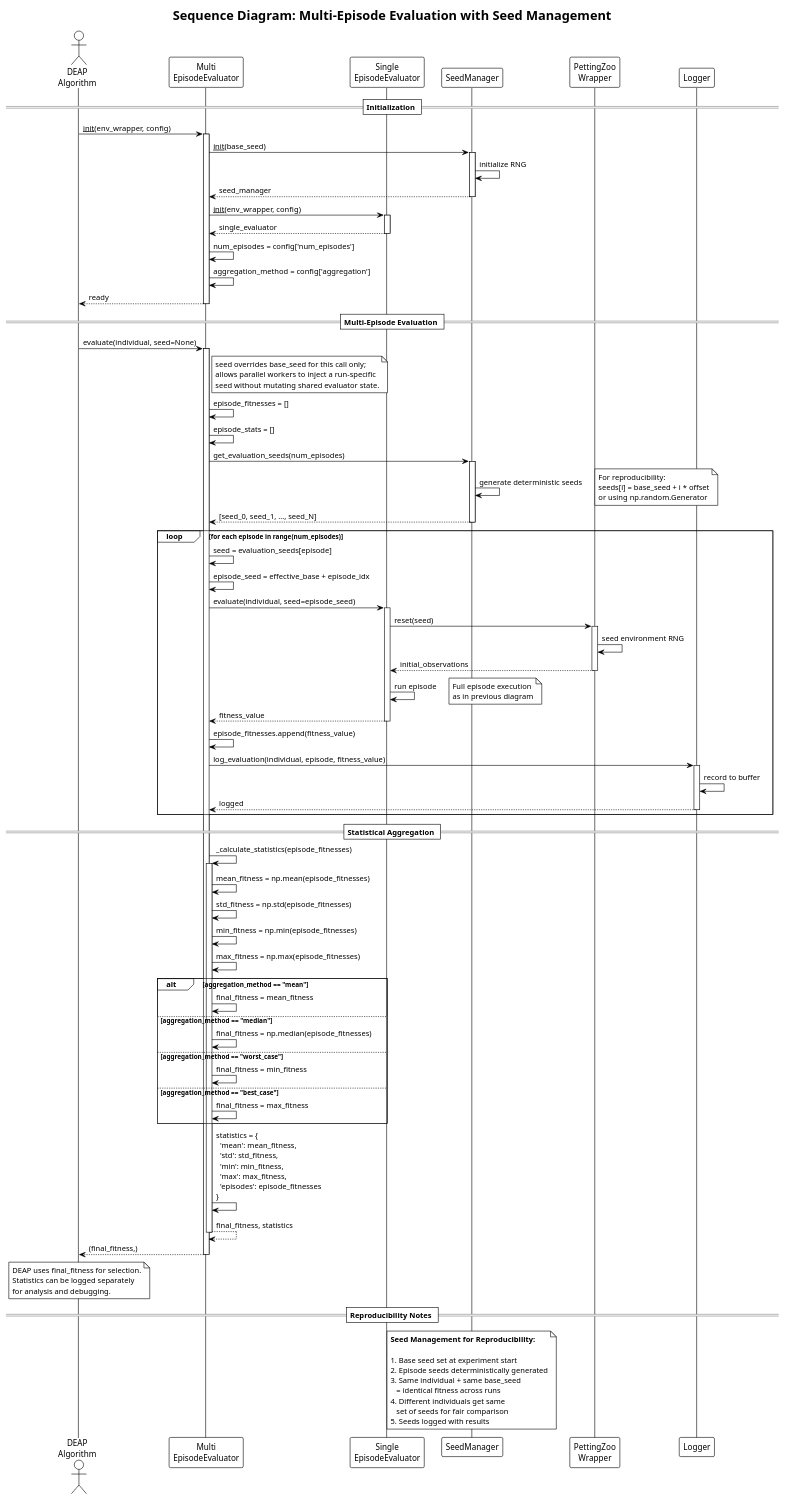
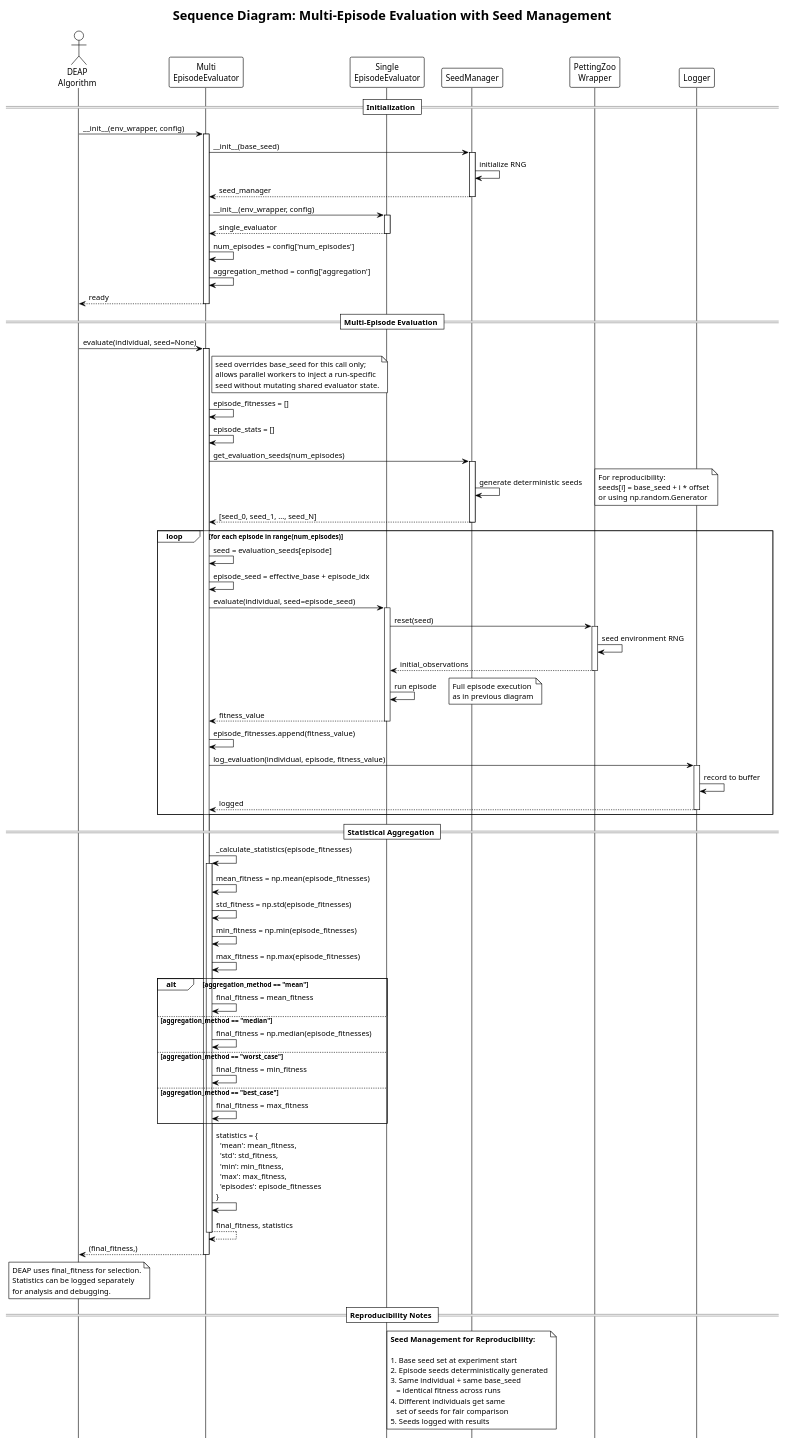
The diagram in docs/UML/sequence_multi_episode_evaluation.puml (Alex180504/DEAP-Zoo-bridge), drawn with PlantUML before and after one commit. The commit also changed 71 other files, not shown here.

Commit message:
Update UML

```diff
--- a/docs/UML/sequence_multi_episode_evaluation.puml
+++ b/docs/UML/sequence_multi_episode_evaluation.puml
@@ -1,138 +1,140 @@
 @startuml sequence_multi_episode_evaluation
 !theme plain
+' Compact layout (tuned per diagram — see README, 'Sequence-diagram layout').
+hide footbox
 title Sequence Diagram: Multi-Episode Evaluation with Seed Management
 
 actor "DEAP\nAlgorithm" as DEAP
 participant "Multi\nEpisodeEvaluator" as MultiEval
 participant "Single\nEpisodeEvaluator" as SingleEval
 participant "SeedManager" as Seeds
 participant "PettingZoo\nWrapper" as Env
 participant "Logger" as Log
 
 == Initialization ==
 
-DEAP -> MultiEval : __init__(env_wrapper, config)
+DEAP -> MultiEval : ~__init~__(env_wrapper, config)
 activate MultiEval
-MultiEval -> Seeds : __init__(base_seed)
+MultiEval -> Seeds : ~__init~__(base_seed)
 activate Seeds
 Seeds -> Seeds : initialize RNG
 Seeds --> MultiEval : seed_manager
 deactivate Seeds
 
-MultiEval -> SingleEval : __init__(env_wrapper, config)
+MultiEval -> SingleEval : ~__init~__(env_wrapper, config)
 activate SingleEval
 SingleEval --> MultiEval : single_evaluator
 deactivate SingleEval
 
 MultiEval -> MultiEval : num_episodes = config['num_episodes']
 MultiEval -> MultiEval : aggregation_method = config['aggregation']
 MultiEval --> DEAP : ready
 deactivate MultiEval
 
 == Multi-Episode Evaluation ==
 
 DEAP -> MultiEval : evaluate(individual, seed=None)
 activate MultiEval
 
 note right of MultiEval
   seed overrides base_seed for this call only;
   allows parallel workers to inject a run-specific
   seed without mutating shared evaluator state.
 end note
 
 MultiEval -> MultiEval : episode_fitnesses = []
 MultiEval -> MultiEval : episode_stats = []
 
 MultiEval -> Seeds : get_evaluation_seeds(num_episodes)
 activate Seeds
 Seeds -> Seeds : generate deterministic seeds
 note right
   For reproducibility:
   seeds[i] = base_seed + i * offset
   or using np.random.Generator
 end note
 Seeds --> MultiEval : [seed_0, seed_1, ..., seed_N]
 deactivate Seeds
 
 loop for each episode in range(num_episodes)
     
     MultiEval -> MultiEval : seed = evaluation_seeds[episode]
     
     MultiEval -> MultiEval : episode_seed = effective_base + episode_idx
     MultiEval -> SingleEval : evaluate(individual, seed=episode_seed)
     activate SingleEval
     
     SingleEval -> Env : reset(seed)
     activate Env
     Env -> Env : seed environment RNG
     Env --> SingleEval : initial_observations
     deactivate Env
     
     SingleEval -> SingleEval : run episode
     note right
       Full episode execution
       as in previous diagram
     end note
     
     SingleEval --> MultiEval : fitness_value
     deactivate SingleEval
     
     MultiEval -> MultiEval : episode_fitnesses.append(fitness_value)
     
     MultiEval -> Log : log_evaluation(individual, episode, fitness_value)
     activate Log
     Log -> Log : record to buffer
     Log --> MultiEval : logged
     deactivate Log
     
 end
 
 == Statistical Aggregation ==
 
 MultiEval -> MultiEval : _calculate_statistics(episode_fitnesses)
 activate MultiEval
 
 MultiEval -> MultiEval : mean_fitness = np.mean(episode_fitnesses)
 MultiEval -> MultiEval : std_fitness = np.std(episode_fitnesses)
 MultiEval -> MultiEval : min_fitness = np.min(episode_fitnesses)
 MultiEval -> MultiEval : max_fitness = np.max(episode_fitnesses)
 
 alt aggregation_method == "mean"
     MultiEval -> MultiEval : final_fitness = mean_fitness
 else aggregation_method == "median"
     MultiEval -> MultiEval : final_fitness = np.median(episode_fitnesses)
 else aggregation_method == "worst_case"
     MultiEval -> MultiEval : final_fitness = min_fitness
 else aggregation_method == "best_case"
     MultiEval -> MultiEval : final_fitness = max_fitness
 end
 
 MultiEval -> MultiEval : statistics = {\n  'mean': mean_fitness,\n  'std': std_fitness,\n  'min': min_fitness,\n  'max': max_fitness,\n  'episodes': episode_fitnesses\n}
 
 MultiEval --> MultiEval : final_fitness, statistics
 deactivate MultiEval
 
 MultiEval --> DEAP : (final_fitness,)
 deactivate MultiEval
 
 note over DEAP
   DEAP uses final_fitness for selection.
   Statistics can be logged separately
   for analysis and debugging.
 end note
 
 == Reproducibility Notes ==
 
 note over Seeds
   **Seed Management for Reproducibility:**
   
   1. Base seed set at experiment start
   2. Episode seeds deterministically generated
   3. Same individual + same base_seed 
      = identical fitness across runs
   4. Different individuals get same
      set of seeds for fair comparison
   5. Seeds logged with results
 end note
 
 @enduml
```
